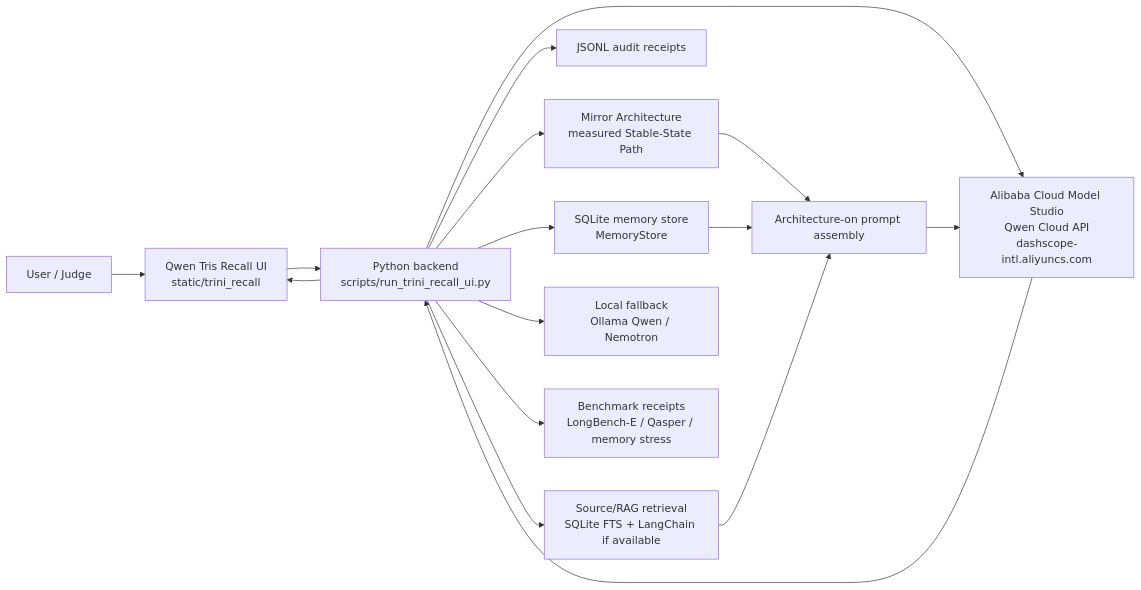
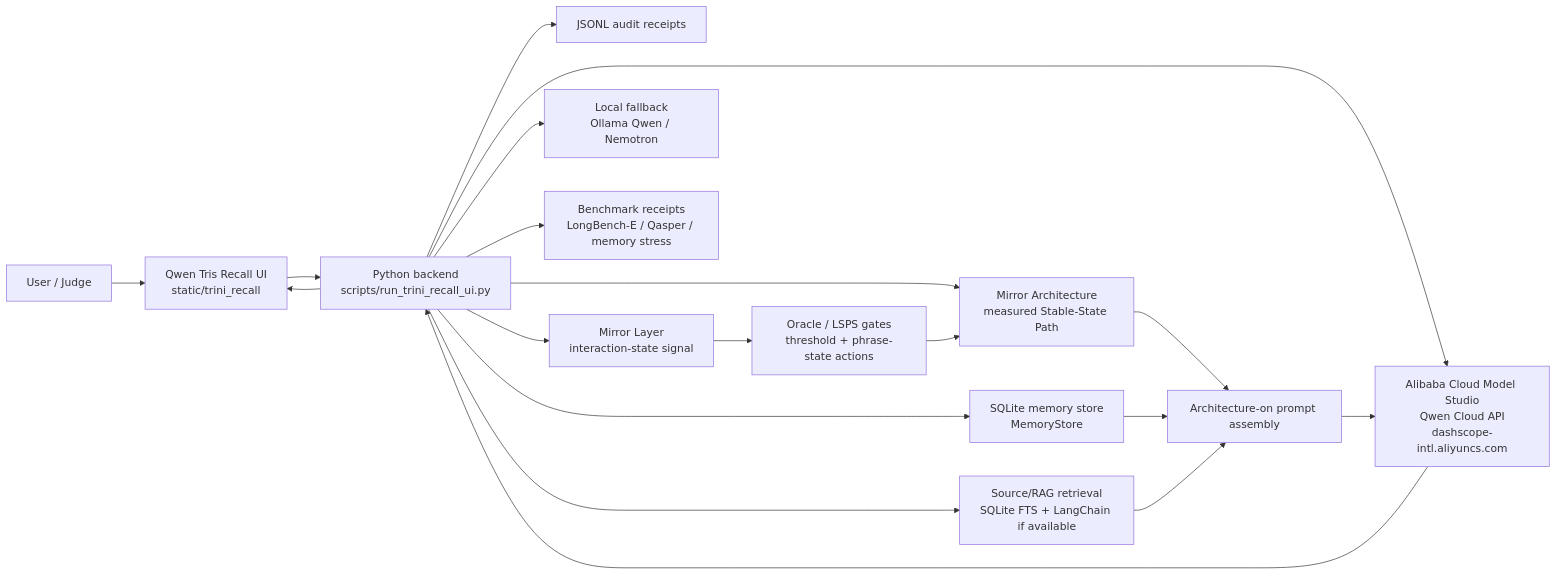
One commit to renaissancefieldlite/qwen-tris-memoryagent changed the diagram in docs/ARCHITECTURE.md. Above: the diagram before and after it, drawn with Mermaid. The commit also changed other lines of this file and 2 other files, not shown here.

Commit message:
Clarify Mirror Layer patent spine

````diff
--- a/docs/ARCHITECTURE.md
+++ b/docs/ARCHITECTURE.md
@@ -15,18 +22,21 @@
 ```mermaid
 flowchart LR
     U["User / Judge"] --> UI["Qwen Tris Recall UI<br/>static/trini_recall"]
     UI --> API["Python backend<br/>scripts/run_trini_recall_ui.py"]
     API --> MEM["SQLite memory store<br/>MemoryStore"]
     API --> AUDIT["JSONL audit receipts"]
     API --> RAG["Source/RAG retrieval<br/>SQLite FTS + LangChain if available"]
+    API --> ML["Mirror Layer<br/>interaction-state signal"]
+    ML --> GATE["Oracle / LSPS gates<br/>threshold + phrase-state actions"]
     API --> SSP["Mirror Architecture<br/>measured Stable-State Path"]
     API --> QWEN["Alibaba Cloud Model Studio<br/>Qwen Cloud API<br/>dashscope-intl.aliyuncs.com"]
     API --> LOCAL["Local fallback<br/>Ollama Qwen / Nemotron"]
+    GATE --> SSP
     SSP --> PROMPT["Architecture-on prompt assembly"]
     MEM --> PROMPT
     RAG --> PROMPT
     PROMPT --> QWEN
     QWEN --> API
     API --> UI
     API --> EVAL["Benchmark receipts<br/>LongBench-E / Qasper / memory stress"]
 ```
````
